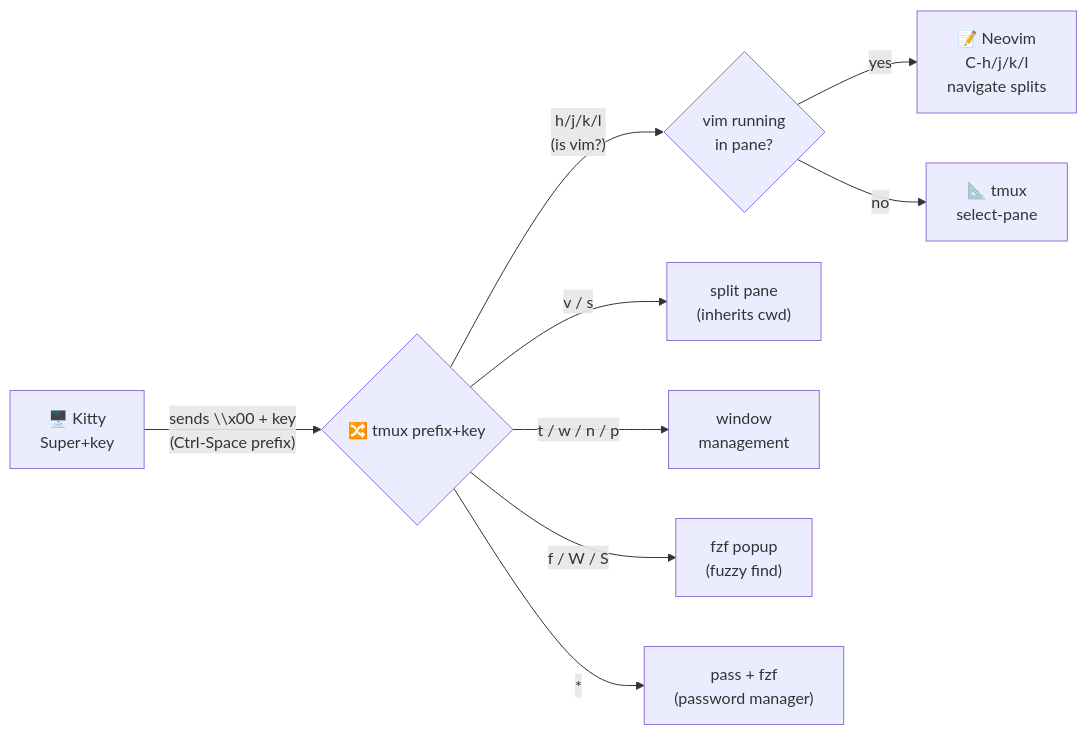
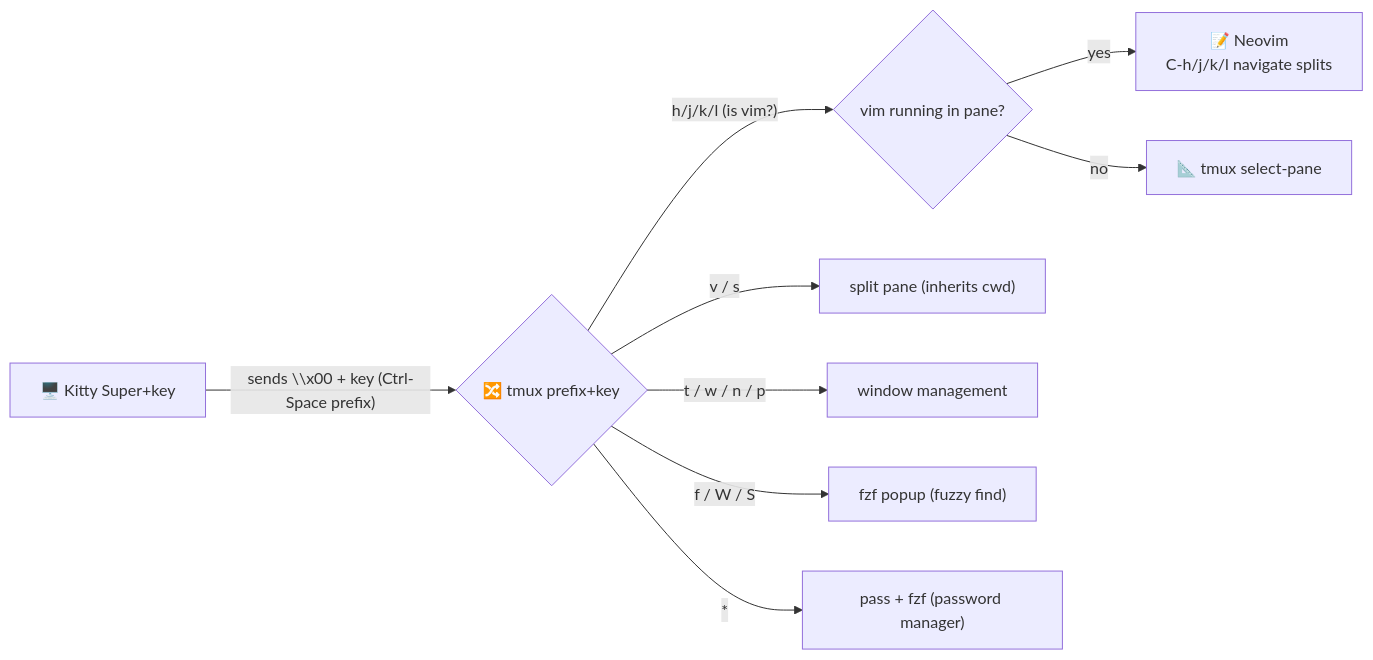
Before and after one commit to shaiknoorullah/tmux-config: the diagram in README.md, drawn with Mermaid.

Commit message:
Revise flowchart for Kitty and tmux interaction
Updated the flowchart in the README to improve clarity and formatting.

````diff
--- a/README.md
+++ b/README.md
@@ -42,11 +42,11 @@
 ```mermaid
 flowchart LR
-    K["🖥️ Kitty\nSuper+key"] -- "sends \\x00 + key\n(Ctrl-Space prefix)" --> T{"🔀 tmux prefix+key"}
-    T -- "h/j/k/l\n(is vim?)" --> Check{vim running\nin pane?}
-    Check -- "yes" --> N["📝 Neovim\nC-h/j/k/l\nnavigate splits"]
-    Check -- "no" --> P["📐 tmux\nselect-pane"]
-    T -- "v / s" --> Split["split pane\n(inherits cwd)"]
-    T -- "t / w / n / p" --> Win["window\nmanagement"]
-    T -- "f / W / S" --> Fzf["fzf popup\n(fuzzy find)"]
-    T -- "*" --> Pass["pass + fzf\n(password manager)"]
+    K["🖥️ Kitty Super+key"] -- "sends \\x00 + key (Ctrl-Space prefix)" --> T{"🔀 tmux prefix+key"}
+    T -- "h/j/k/l (is vim?)" --> Check{vim running in pane?}
+    Check -- "yes" --> N["📝 Neovim\nC-h/j/k/l navigate splits"]
+    Check -- "no" --> P["📐 tmux select-pane"]
+    T -- "v / s" --> Split["split pane (inherits cwd)"]
+    T -- "t / w / n / p" --> Win["window management"]
+    T -- "f / W / S" --> Fzf["fzf popup (fuzzy find)"]
+    T -- "*" --> Pass["pass + fzf (password manager)"]
 ```
````
